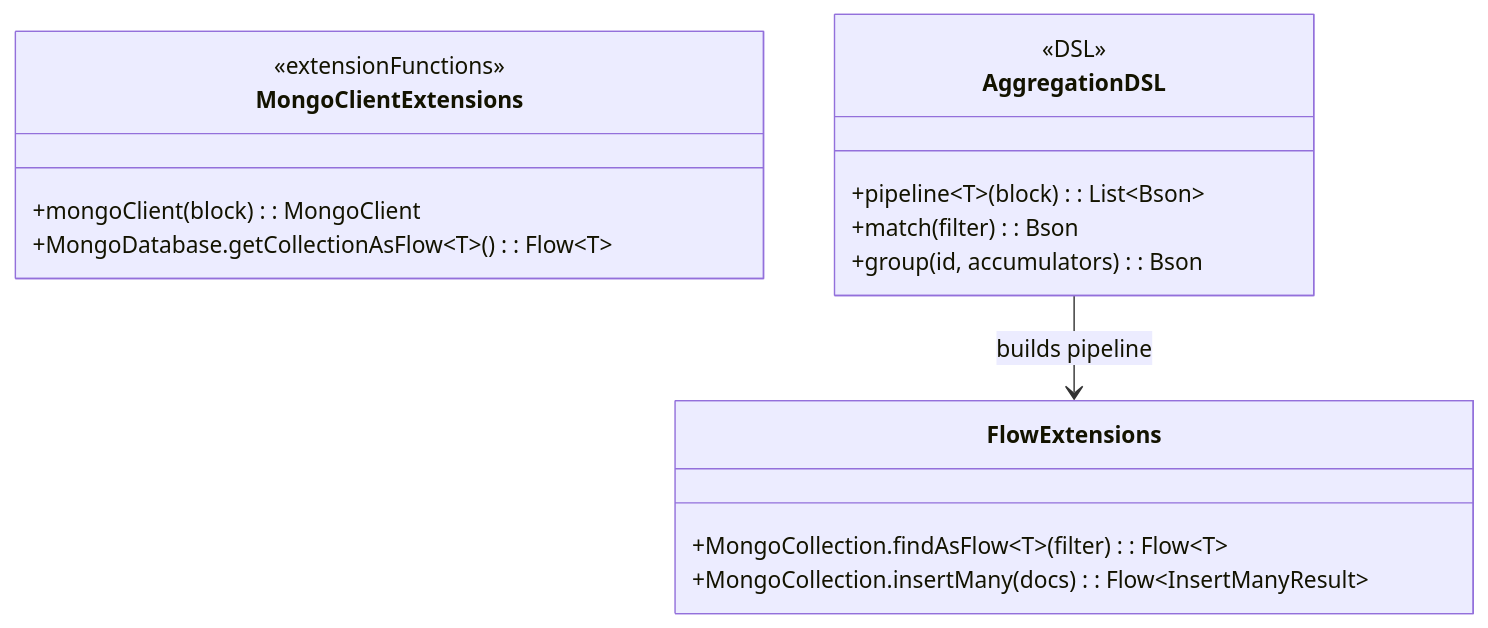
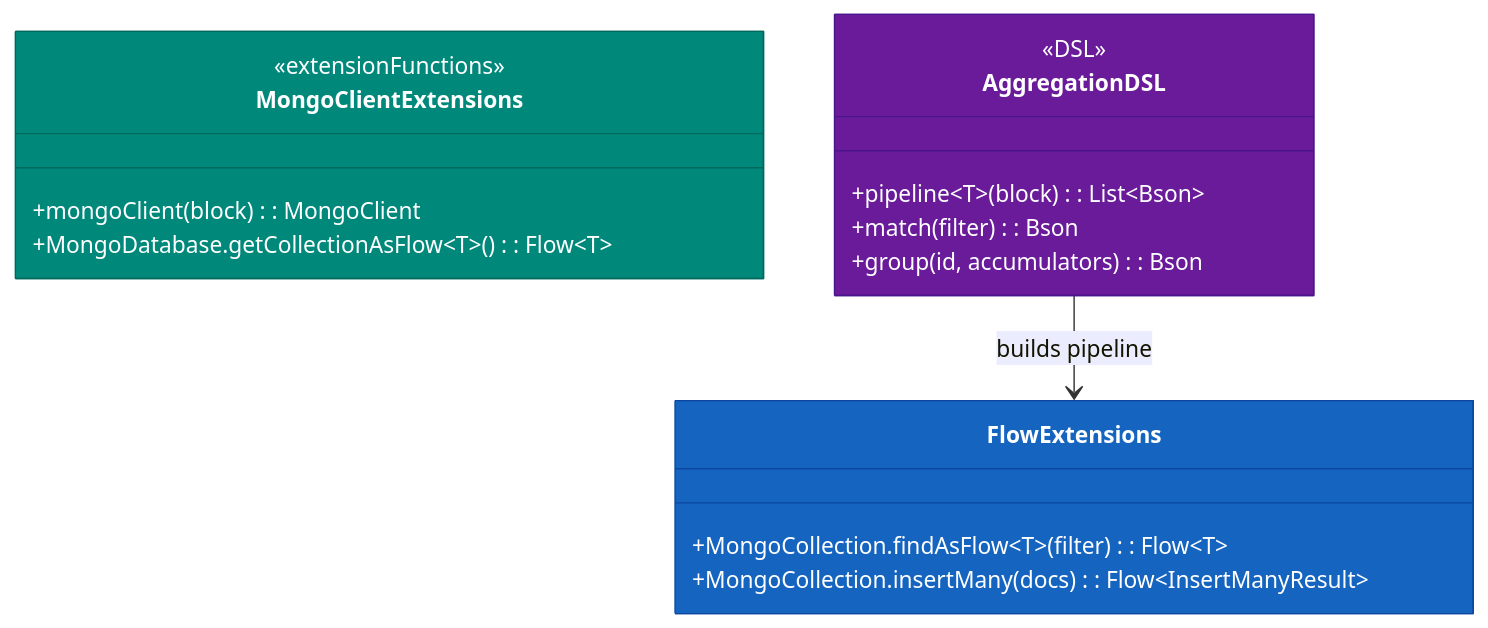
Before and after one commit to bluetape4k/bluetape4k-projects: the first of 3 diagrams in data/mongodb/README.md, drawn with Mermaid. The commit also changed other lines of this file and 221 other files, not shown here.

First line of the commit message:
docs: 전체 모듈 README UML 다이어그램 보강 및 색상 업그레이드

````diff
--- a/data/mongodb/README.md
+++ b/data/mongodb/README.md
@@ -184,21 +184,24 @@
 ```mermaid
 classDiagram
     direction TB
     class MongoClientExtensions {
         <<extensionFunctions>>
         +mongoClient(block): MongoClient
         +MongoDatabase.getCollectionAsFlow~T~(): Flow~T~
     }
     class AggregationDSL {
         <<DSL>>
         +pipeline~T~(block): List~Bson~
         +match(filter): Bson
         +group(id, accumulators): Bson
     }
     class FlowExtensions {
         +MongoCollection.findAsFlow~T~(filter): Flow~T~
         +MongoCollection.insertMany(docs): Flow~InsertManyResult~
     }
     AggregationDSL --> FlowExtensions : builds pipeline
 
+    style MongoClientExtensions fill:#00897B,stroke:#00695C,color:#FFFFFF
+    style AggregationDSL fill:#6A1B9A,stroke:#4A148C,color:#FFFFFF
+    style FlowExtensions fill:#1565C0,stroke:#0D47A1,color:#FFFFFF
 ```
````
